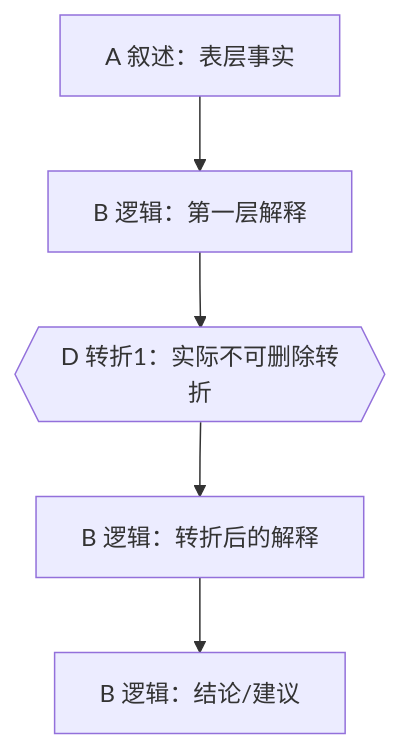
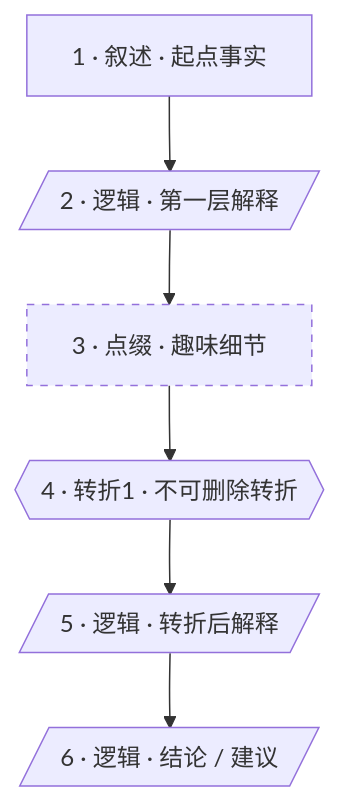
One commit to liusining/mdg-media-skills changed the diagram in skills/madugong-content-analyzer/SKILL.md. Above: the diagram before and after it, drawn with Mermaid. The commit also changed other lines of this file and 3 other files, not shown here.

````diff
--- a/skills/madugong-content-analyzer/SKILL.md
+++ b/skills/madugong-content-analyzer/SKILL.md
@@ -145,7 +145,13 @@
 ```mermaid
 flowchart TD
-  A1["A 叙述：表层事实"] --> B1["B 逻辑：第一层解释"]
-  B1 --> D1{{"D 转折1：实际不可删除转折"}}
-  D1 --> B2["B 逻辑：转折后的解释"]
-  B2 --> B3["B 逻辑：结论/建议"]
+    classDef typeC stroke-dasharray:5 5
+
+    1["1 · 叙述 · 起点事实"]
+    2[/"2 · 逻辑 · 第一层解释"/]
+    3["3 · 点缀 · 趣味细节"]:::typeC
+    4{{"4 · 转折1 · 不可删除转折"}}
+    5[/"5 · 逻辑 · 转折后解释"/]
+    6[/"6 · 逻辑 · 结论 / 建议"/]
+
+    1 --> 2 --> 3 --> 4 --> 5 --> 6
 ```
````
